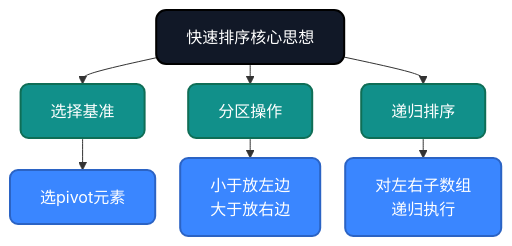
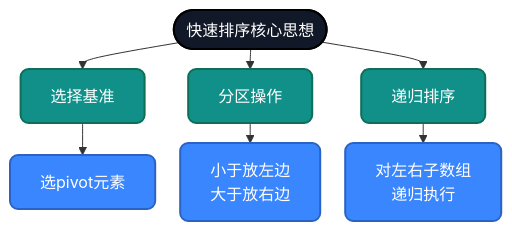
One commit to microwind/algorithms changed the first of 2 diagrams in sorting/quicksort/AI时代-重温快速排序-不同实现思路详解.md. Above: the diagram before and after it, drawn with Mermaid. The commit also changed other lines of this file, not shown here.

````diff
--- a/sorting/quicksort/AI时代-重温快速排序-不同实现思路详解.md
+++ b/sorting/quicksort/AI时代-重温快速排序-不同实现思路详解.md
@@ -18,19 +29,19 @@
 ```mermaid
 %%{init: {'flowchart': {'nodeSpacing': 25, 'rankSpacing': 20, 'padding': 15}}}%%
 graph TD
-    ROOT["快速排序核心思想"] --> A["选择基准"]
+    ROOT(["快速排序核心思想"]) --> A["选择基准"]
     ROOT --> B["分区操作"]
     ROOT --> C["递归排序"]
     
     A --> A1["选pivot元素"]
     B --> B1["小于放左边<br/>大于放右边"]
     C --> C1["对左右子数组<br/>递归执行"]
     
     classDef root fill:#111827,color:#fff,stroke:#000,stroke-width:2px,rx:10
     classDef concept fill:#11908A,color:#fff,stroke:#0F6E56,stroke-width:2px,rx:8
     classDef detail fill:#3A86FF,color:#fff,stroke:#2b63c4,stroke-width:2px,rx:8
     
     class ROOT root
     class A,B,C concept
     class A1,B1,C1 detail
 ```
````
